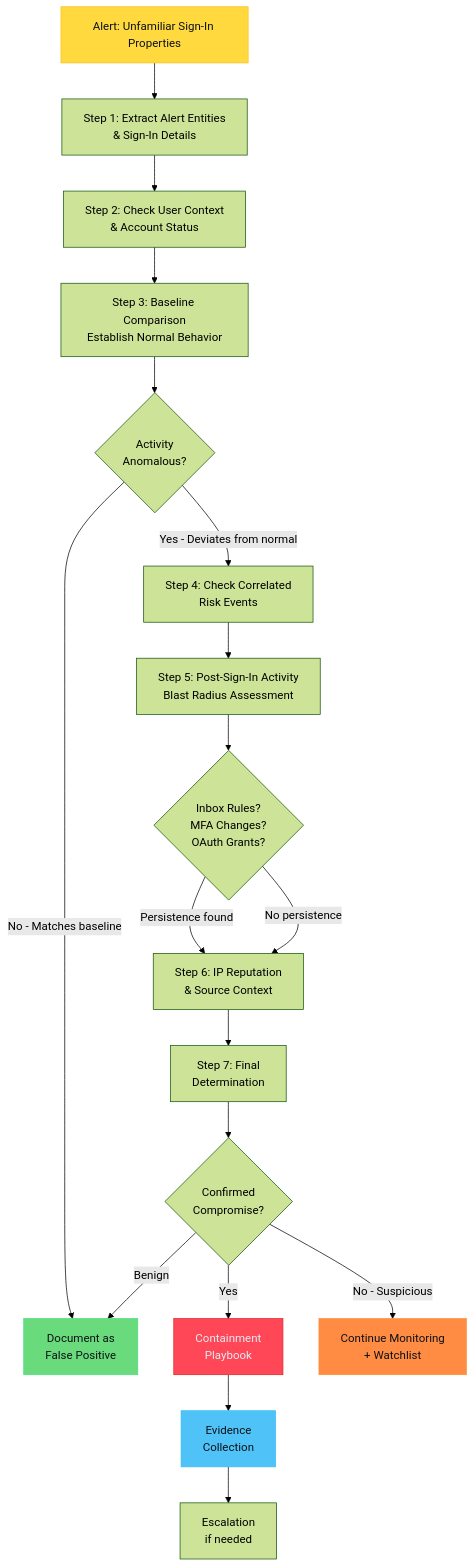
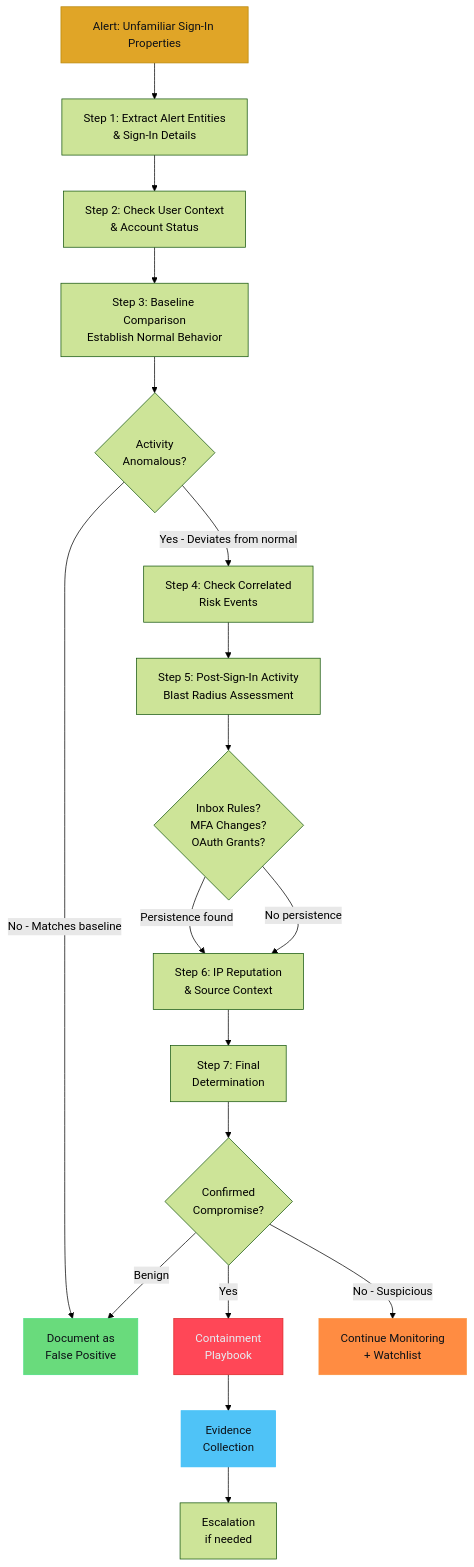
One commit to semihtut/kql-incident-response changed the diagram in docs/runbooks/identity/unfamiliar-sign-in-properties.md. Above: the diagram before and after it, drawn with Mermaid (forest theme). The commit also changed other lines of this file and 25 other files, not shown here.

First line of the commit message:
Fix runbook meta overflow, blockquote formatting, and flow diagram color

````diff
--- a/docs/runbooks/identity/unfamiliar-sign-in-properties.md
+++ b/docs/runbooks/identity/unfamiliar-sign-in-properties.md
@@ -165,26 +165,26 @@
     ```mermaid
     flowchart TD
         A["Alert: Unfamiliar Sign-In Properties"] --> B["Step 1: Extract Alert Entities\n& Sign-In Details"]
         B --> C["Step 2: Check User Context\n& Account Status"]
         C --> D["Step 3: Baseline Comparison\nEstablish Normal Behavior"]
         D --> E{"Activity\nAnomalous?"}
         E -->|"No - Matches baseline"| F["Document as\nFalse Positive"]
         E -->|"Yes - Deviates from normal"| G["Step 4: Check Correlated\nRisk Events"]
         G --> H["Step 5: Post-Sign-In Activity\nBlast Radius Assessment"]
         H --> I{"Inbox Rules?\nMFA Changes?\nOAuth Grants?"}
         I -->|"Persistence found"| J["Step 6: IP Reputation\n& Source Context"]
         I -->|"No persistence"| J
         J --> K["Step 7: Final\nDetermination"]
         K --> L{"Confirmed\nCompromise?"}
         L -->|"Yes"| M["Containment\nPlaybook"]
         L -->|"No - Suspicious"| N["Continue Monitoring\n+ Watchlist"]
         L -->|"Benign"| F
         M --> O["Evidence\nCollection"]
         O --> P["Escalation\nif needed"]
 
-        style A fill:#ffd93d,color:#0d1117,stroke:#fbbf24
+        style A fill:#e0a527,color:#0d1117,stroke:#b8860b
         style M fill:#ff4757,color:#e6edf3,stroke:#dc2626
         style O fill:#4fc3f7,color:#0d1117,stroke:#38bdf8
         style F fill:#69db7c,color:#0d1117,stroke:#4ade80
         style N fill:#ff8c42,color:#0d1117,stroke:#fb923c
     ```
````
